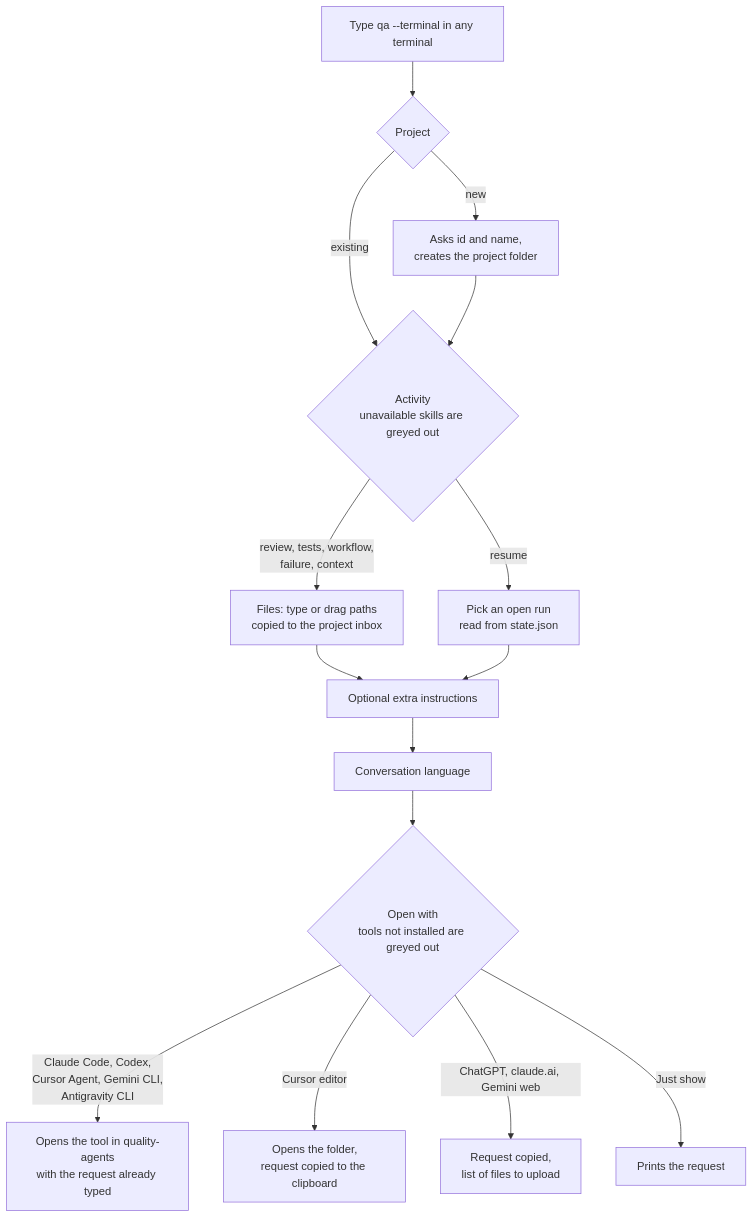
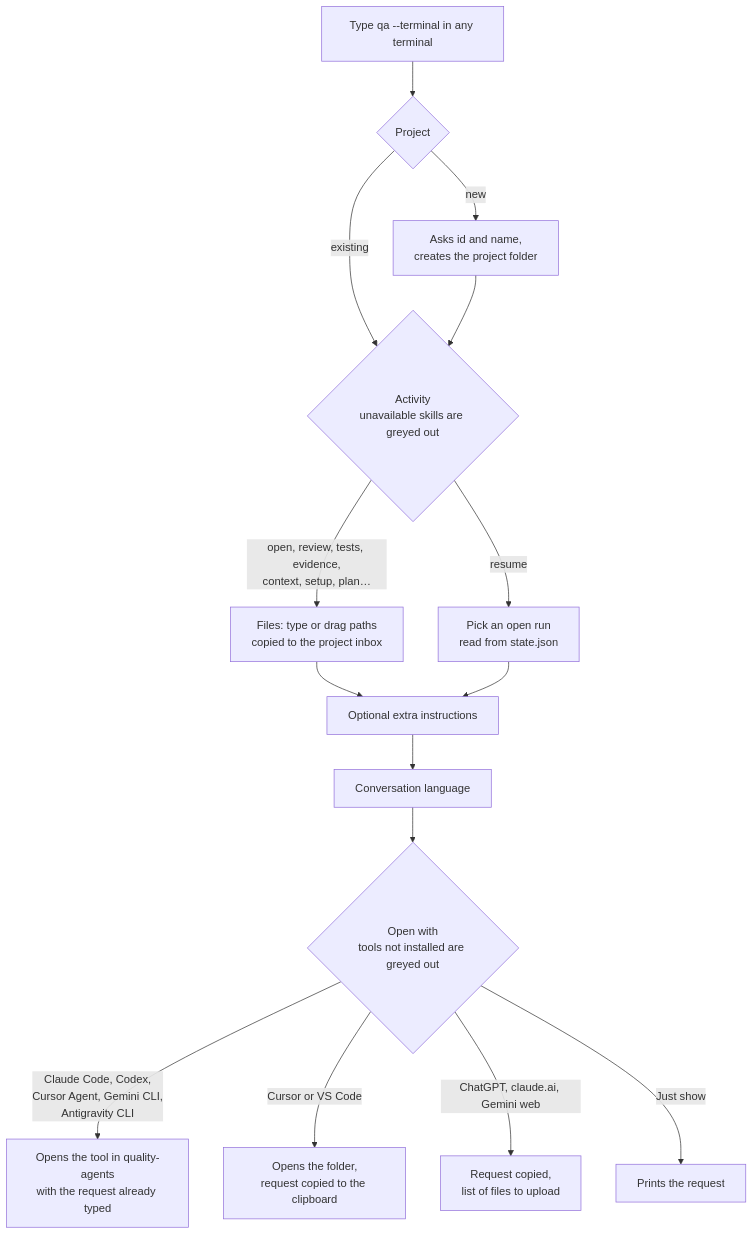
The second of 10 diagrams in README.md (MagnoSz/quality-agents), drawn with Mermaid before and after one commit. The commit also changed other lines of this file and 23 other files, not shown here.

````diff
--- a/README.md
+++ b/README.md
@@ -281,17 +293,17 @@
 ```mermaid
 flowchart TD
   START["Type qa --terminal in any terminal"] --> P{"Project"}
   P -->|existing| A
   P -->|new| NP["Asks id and name,<br/>creates the project folder"]
   NP --> A{"Activity<br/>unavailable skills are greyed out"}
-  A -->|"review, tests, workflow,<br/>failure, context"| F["Files: type or drag paths<br/>copied to the project inbox"]
+  A -->|"open, review, tests, evidence,<br/>context, setup, plan…"| F["Files: type or drag paths<br/>copied to the project inbox"]
   A -->|"resume"| RUN["Pick an open run<br/>read from state.json"]
   F --> N["Optional extra instructions"]
   RUN --> N
   N --> L["Conversation language"]
   L --> T{"Open with<br/>tools not installed are greyed out"}
   T -->|"Claude Code, Codex,<br/>Cursor Agent, Gemini CLI,<br/>Antigravity CLI"| OPEN["Opens the tool in quality-agents<br/>with the request already typed"]
-  T -->|"Cursor editor"| CUR["Opens the folder,<br/>request copied to the clipboard"]
+  T -->|"Cursor or VS Code"| CUR["Opens the folder,<br/>request copied to the clipboard"]
   T -->|"ChatGPT, claude.ai, Gemini web"| CHAT["Request copied,<br/>list of files to upload"]
   T -->|"Just show"| SHOW["Prints the request"]
 ```
````
